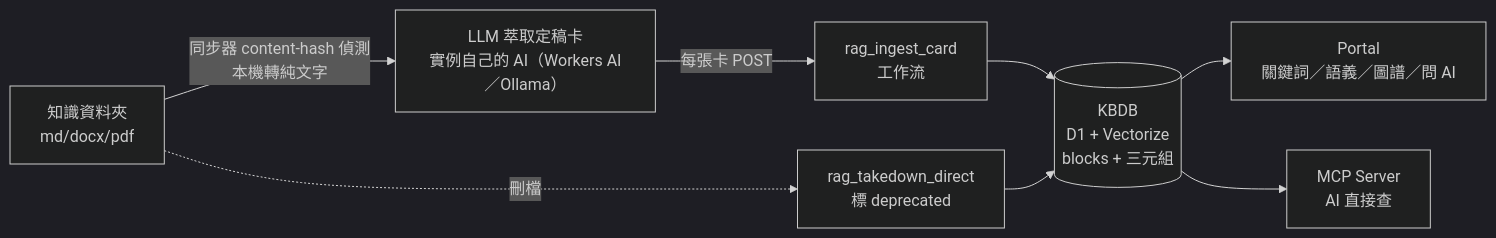
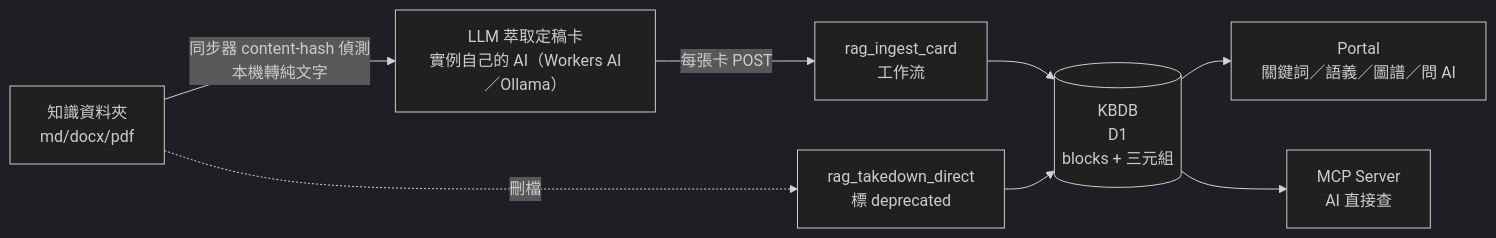
One commit to youlinhsieh/arcrun-rag changed the diagram in install.md. Above: the diagram before and after it, drawn with Mermaid (dark theme). The commit also changed other lines of this file and 91 other files, not shown here.

````diff
--- a/install.md
+++ b/install.md
@@ -24,10 +24,10 @@
 ```mermaid
 flowchart LR
     A[知識資料夾<br>md/docx/pdf] -->|同步器 content-hash 偵測<br>本機轉純文字| B[LLM 萃取定稿卡<br>實例自己的 AI（Workers AI／Ollama）]
     B -->|每張卡 POST| C[rag_ingest_card<br>工作流]
-    C --> D[(KBDB<br>D1 + Vectorize<br>blocks + 三元組)]
+    C --> D[(KBDB<br>D1<br>blocks + 三元組)]
     A -.->|刪檔| T[rag_takedown_direct<br>標 deprecated]
     T --> D
     D --> E[Portal<br>關鍵詞／語義／圖譜／問 AI]
     D --> F[MCP Server<br>AI 直接查]
 ```
````
